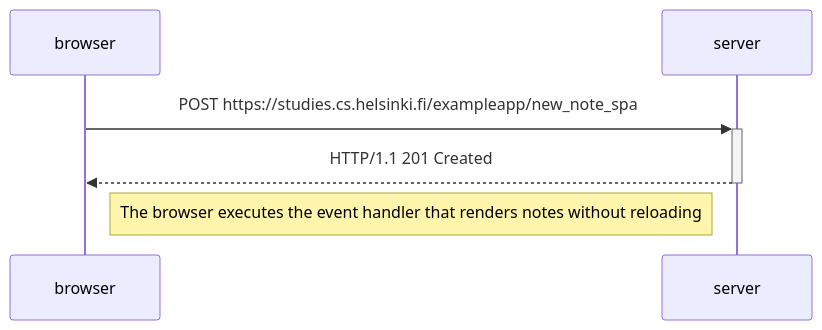
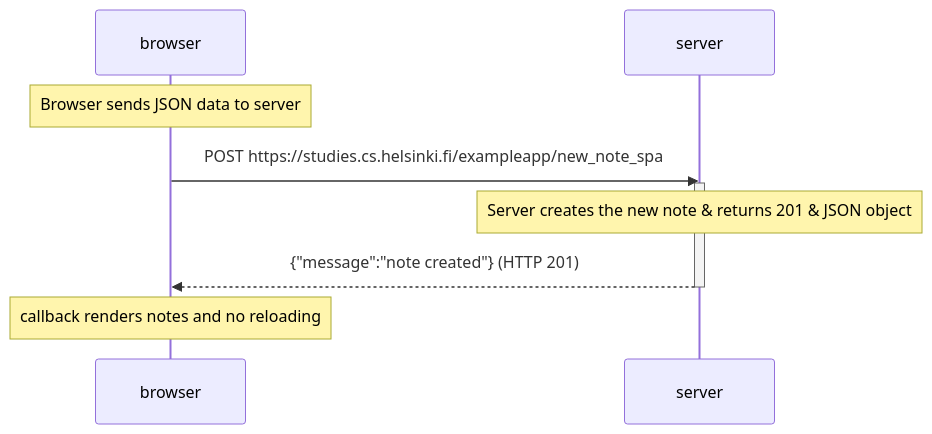
The diagram in part 0/0.6.md (saadahmedrana/FullStackOpenSaadAhmedRana), drawn with Mermaid before and after one commit.

Commit message:
Submission of PART 0

````diff
--- a/part 0/0.6.md
+++ b/part 0/0.6.md
@@ -4,9 +1,15 @@
 ```mermaid
 sequenceDiagram
-  participant browser as browser
-  participant server as server
+    participant browser
+    participant server
 
-  browser ->>+ server: POST https://studies.cs.helsinki.fi/exampleapp/new_note_spa
-  server -->>- browser: HTTP/1.1 201 Created
-  Note right of browser: The browser executes the event handler that renders notes without reloading
+    Note over browser: Browser sends JSON data to server 
+
+    browser->>server: POST https://studies.cs.helsinki.fi/exampleapp/new_note_spa
+    activate server
+    Note over server: Server creates the new note & returns 201 & JSON object
+    server-->>browser: {"message":"note created"} (HTTP 201)
+    deactivate server
+
+    Note over browser: callback renders notes and no reloading
 ```
````
